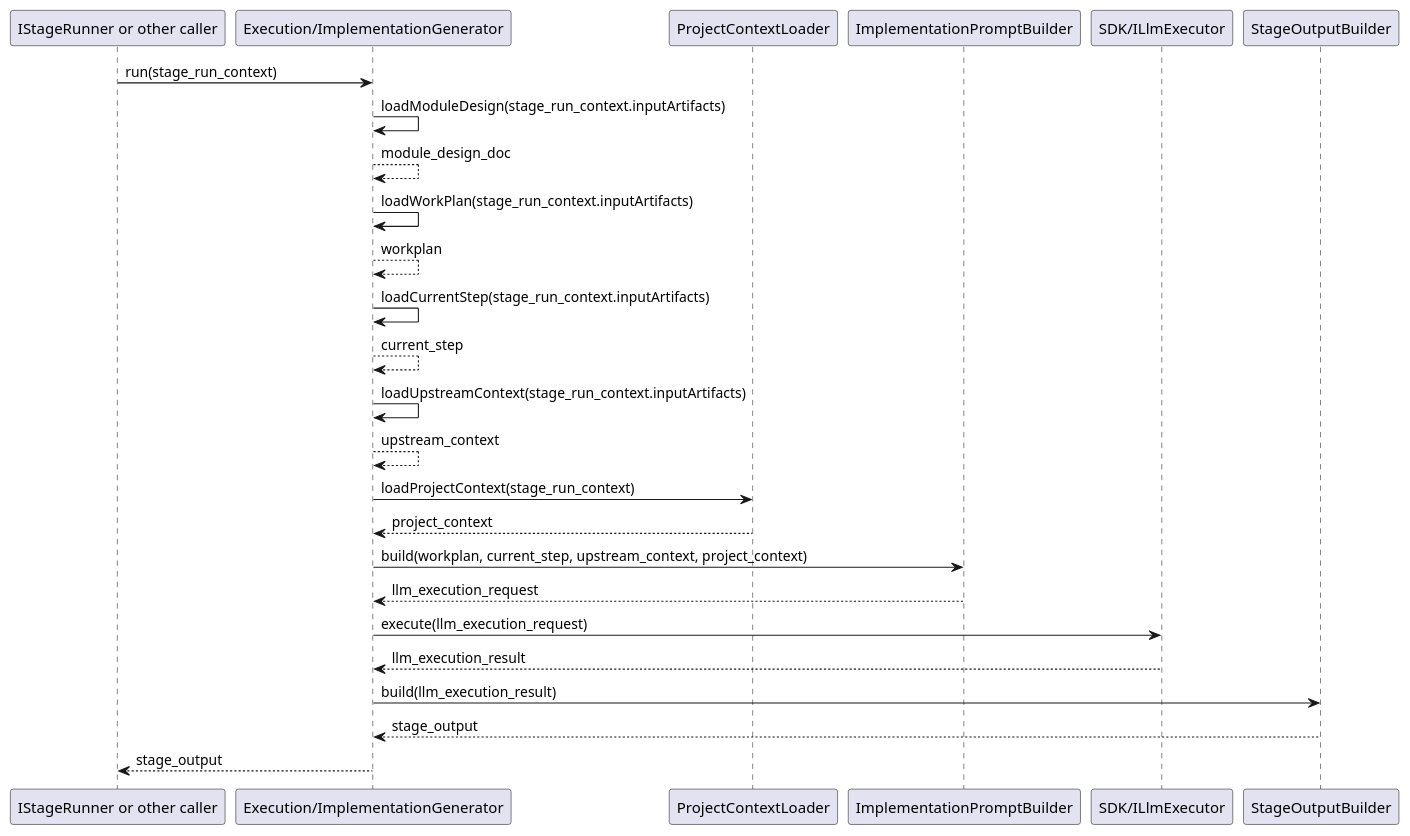
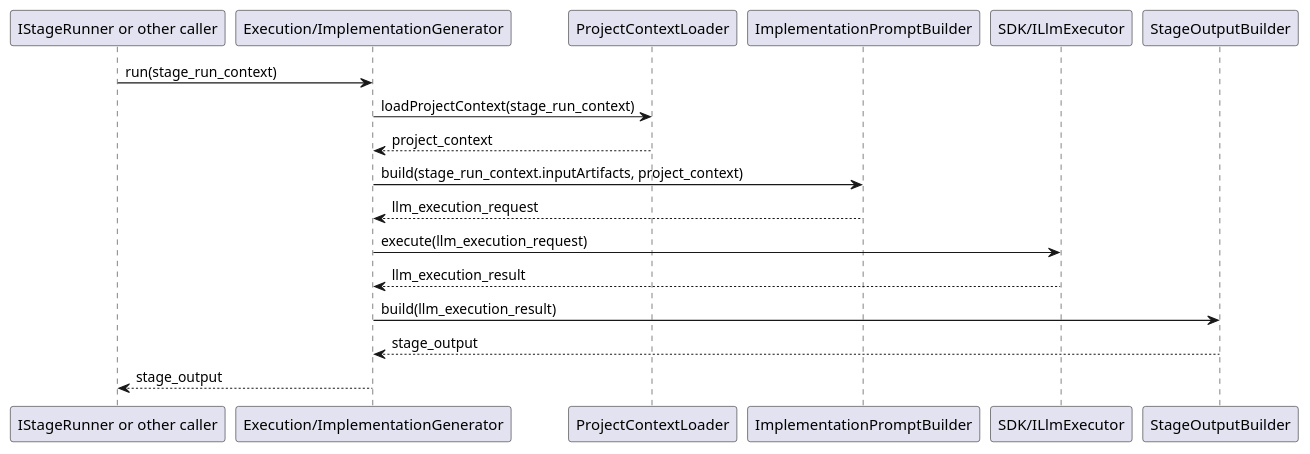
The second of 2 diagrams in meta_layer/docs/design_docs/Execution/ImplementationGenerator.md (lucky-chen/ai_workflow_travel), drawn with PlantUML before and after one commit. The commit also changed other lines of this file and 2 other files, not shown here.

Commit message:
[AI] gpt-5.4: refine implementation execution runtime boundaries
Target:
implementation execution design and plan boundary alignment

Change items:
1. Remove flow-aware wording from ImplementationGenerator design and keep it focused on module-local input/output boundaries.
2. Clarify in StageRunners that ImplementationStageRunner owns workplan parsing and V1 multi-step continuation while remaining versionable for later AgentRuntime-managed sessions.
3. Update Step 6 and Step 9 plan tasks to reflect V1 single-turn AgentRuntime usage and later migration of continuation into AgentRuntime multi-turn support.

````diff
--- a/meta_layer/docs/design_docs/Execution/ImplementationGenerator.md
+++ b/meta_layer/docs/design_docs/Execution/ImplementationGenerator.md
@@ -136,29 +131,21 @@
 ```plantuml
 @startuml
 participant Caller as "IStageRunner or other caller"
 participant ImplementationGenerator as "Execution/ImplementationGenerator"
 participant ProjectContextLoader
 participant ImplementationPromptBuilder
 participant ILlmExecutor as "SDK/ILlmExecutor"
 participant StageOutputBuilder
 
 Caller -> ImplementationGenerator: run(stage_run_context)
-ImplementationGenerator -> ImplementationGenerator: loadModuleDesign(stage_run_context.inputArtifacts)
-ImplementationGenerator --> ImplementationGenerator: module_design_doc
-ImplementationGenerator -> ImplementationGenerator: loadWorkPlan(stage_run_context.inputArtifacts)
-ImplementationGenerator --> ImplementationGenerator: workplan
-ImplementationGenerator -> ImplementationGenerator: loadCurrentStep(stage_run_context.inputArtifacts)
-ImplementationGenerator --> ImplementationGenerator: current_step
-ImplementationGenerator -> ImplementationGenerator: loadUpstreamContext(stage_run_context.inputArtifacts)
-ImplementationGenerator --> ImplementationGenerator: upstream_context
 ImplementationGenerator -> ProjectContextLoader: loadProjectContext(stage_run_context)
 ProjectContextLoader --> ImplementationGenerator: project_context
-ImplementationGenerator -> ImplementationPromptBuilder: build(workplan, current_step, upstream_context, project_context)
+ImplementationGenerator -> ImplementationPromptBuilder: build(stage_run_context.inputArtifacts, project_context)
 ImplementationPromptBuilder --> ImplementationGenerator: llm_execution_request
 ImplementationGenerator -> ILlmExecutor: execute(llm_execution_request)
 ILlmExecutor --> ImplementationGenerator: llm_execution_result
 ImplementationGenerator -> StageOutputBuilder: build(llm_execution_result)
 StageOutputBuilder --> ImplementationGenerator: stage_output
 ImplementationGenerator --> Caller: stage_output
 @enduml
 ```
````
